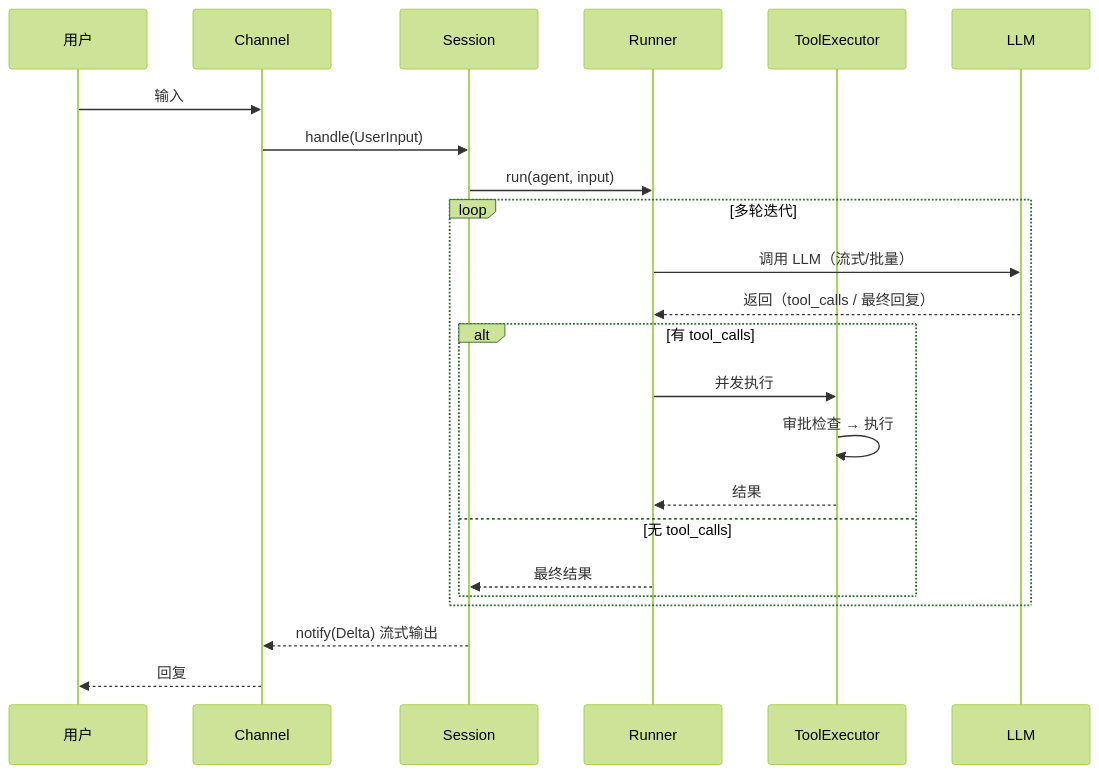
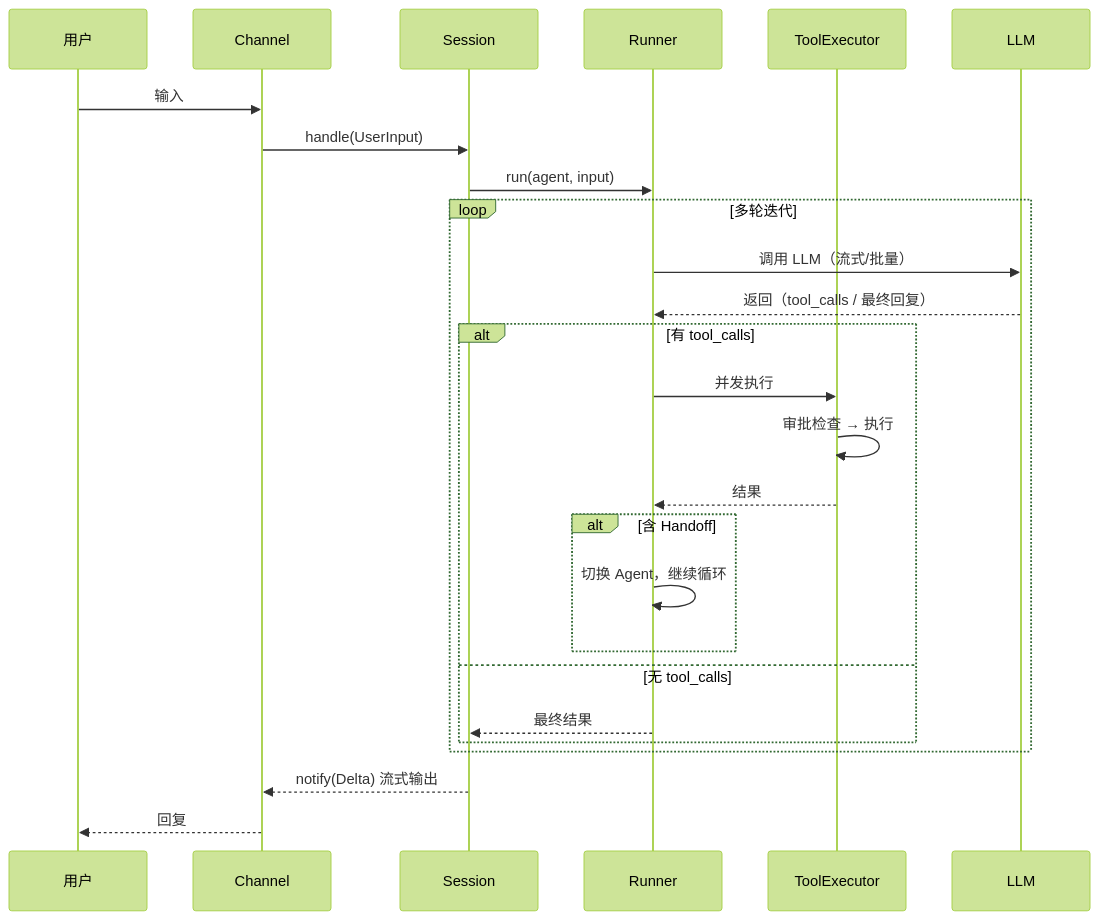
The second of 2 diagrams in README.md (yishenzhu/walle), drawn with Mermaid (forest theme) before and after one commit. The commit also changed other lines of this file, not shown here.

````diff
--- a/README.md
+++ b/README.md
@@ -57,26 +57,29 @@
 ```mermaid
 sequenceDiagram
     participant U as 用户
     participant C as Channel
     participant S as Session
     participant R as Runner
     participant T as ToolExecutor
     participant M as LLM
 
     U->>C: 输入
     C->>S: handle(UserInput)
     S->>R: run(agent, input)
     loop 多轮迭代
         R->>M: 调用 LLM（流式/批量）
         M-->>R: 返回（tool_calls / 最终回复）
         alt 有 tool_calls
             R->>T: 并发执行
             T->>T: 审批检查 → 执行
             T-->>R: 结果
+            alt 含 Handoff
+                R->>R: 切换 Agent，继续循环
+            end
         else 无 tool_calls
             R-->>S: 最终结果
         end
     end
     S-->>C: notify(Delta) 流式输出
     C-->>U: 回复
 ```
````
